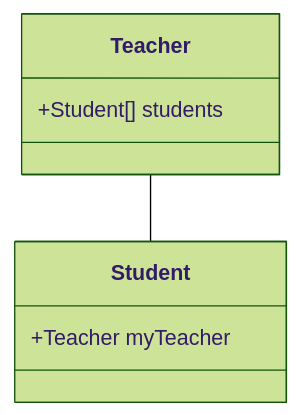
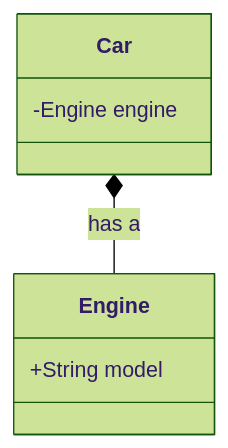
Before and after one commit to sl4shuur/obs-notes-digitalgarden: the diagram in src/site/notes/hello.md, drawn with Mermaid (forest theme). The commit also changed other lines of this file, not shown here.

Commit message:
Update content src/site/notes/hello.md

````diff
--- a/src/site/notes/hello.md
+++ b/src/site/notes/hello.md
@@ -10,11 +10,11 @@
 ```mermaid
 classDiagram
-    Teacher -- Student
+    Car *-- Engine : has a
 
-    class Student{
-        +Teacher myTeacher
+    class Engine{
+        +String model
     }
-    class Teacher{
-        +Student[] students
+    class Car{
+        -Engine engine
     }
 ```
````
